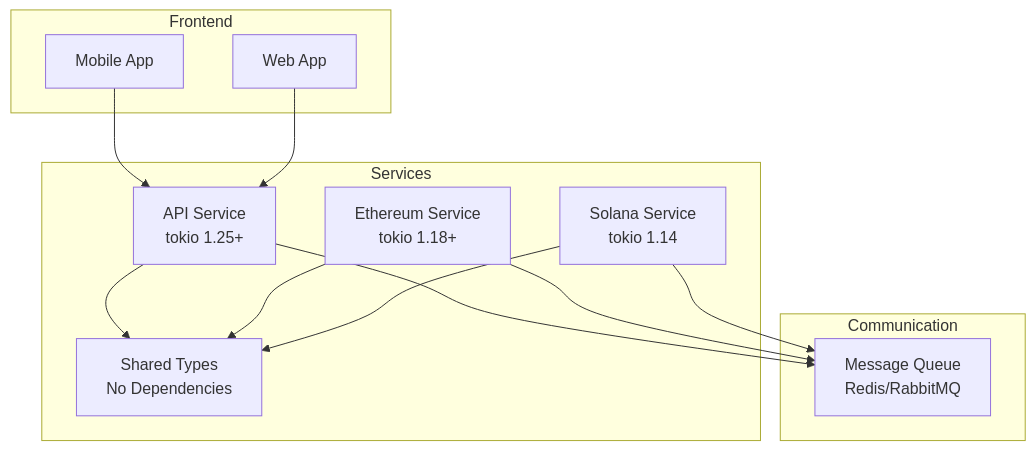
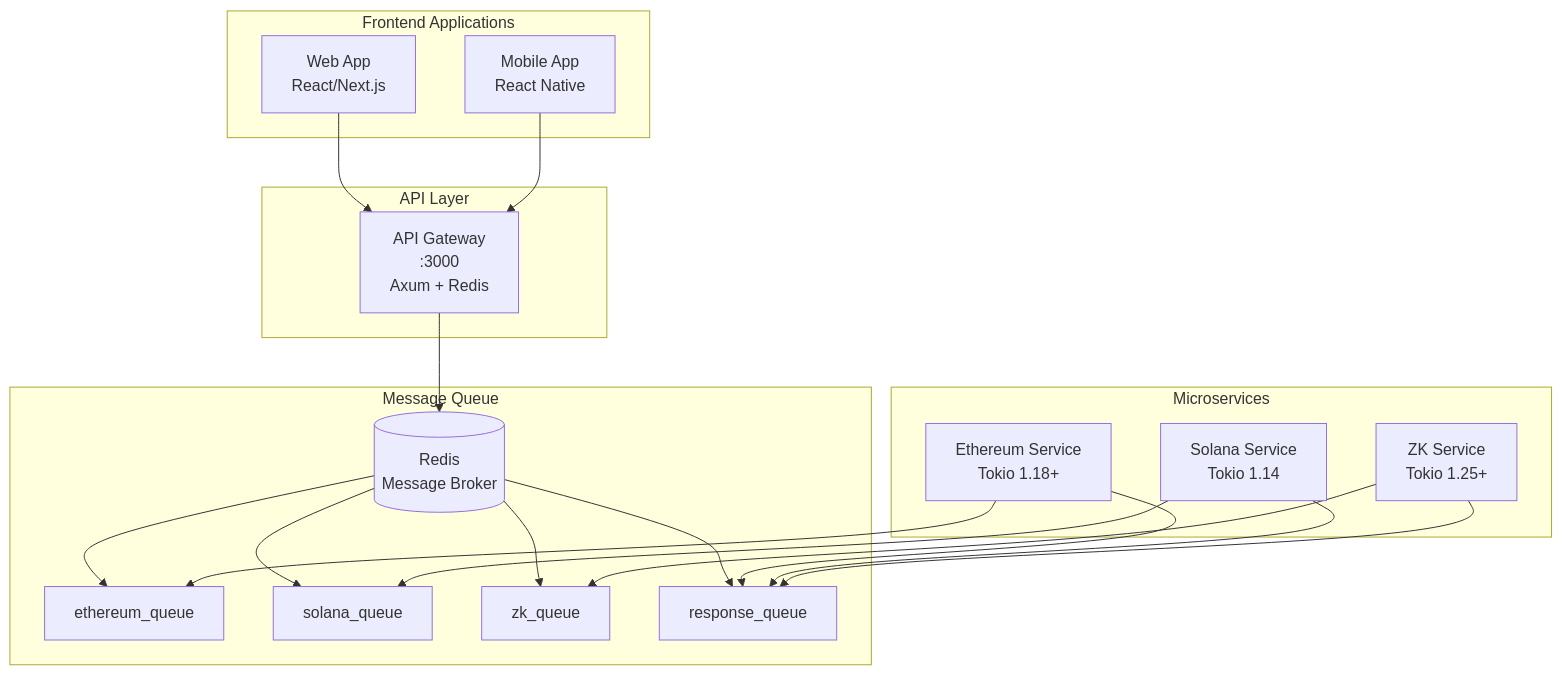
Before and after one commit to Franklin-Osede/VibeStream: the first of 2 diagrams in RESTRUCTURING.md, drawn with Mermaid. The commit also changed other lines of this file and 2 other files, not shown here.

Commit message:
git add RESTRUCTURING.md && git commit -m "docs: update RESTRUCTURING.md with successful microservices architecture - Added current functional structure with diagrams - Included verification commands and testing procedures - Documented benefits achieved and metrics - Added next steps roadmap"

````diff
--- a/RESTRUCTURING.md
+++ b/RESTRUCTURING.md
@@ -47,28 +30,42 @@
 ```mermaid
 graph TD
-    subgraph "Frontend"
-        MA[Mobile App]
-        WA[Web App]
+    subgraph "Frontend Applications"
+        WEB[Web App<br/>React/Next.js]
+        MOB[Mobile App<br/>React Native]
     end
 
-    subgraph "Services"
-        AS[API Service<br/>tokio 1.25+]
-        ES[Ethereum Service<br/>tokio 1.18+]
-        SS[Solana Service<br/>tokio 1.14]
-        ST[Shared Types<br/>No Dependencies]
+    subgraph "API Layer"
+        GW[API Gateway<br/>:3000<br/>Axum + Redis]
     end
 
-    subgraph "Communication"
-        MQ[Message Queue<br/>Redis/RabbitMQ]
+    subgraph "Microservices"
+        ETH[Ethereum Service<br/>Tokio 1.18+]
+        SOL[Solana Service<br/>Tokio 1.14]
+        ZK[ZK Service<br/>Tokio 1.25+]
     end
 
-    MA --> AS
-    WA --> AS
-    AS --> MQ
-    ES --> MQ
-    SS --> MQ
+    subgraph "Message Queue"
+        REDIS[(Redis<br/>Message Broker)]
+        EQ[ethereum_queue]
+        SQ[solana_queue] 
+        ZQ[zk_queue]
+        RQ[response_queue]
+    end
+
+    WEB --> GW
+    MOB --> GW
     
-    AS --> ST
-    ES --> ST
-    SS --> ST
+    GW --> REDIS
+    REDIS --> EQ
+    REDIS --> SQ
+    REDIS --> ZQ
+    REDIS --> RQ
+    
+    ETH --> EQ
+    SOL --> SQ
+    ZK --> ZQ
+    
+    ETH --> RQ
+    SOL --> RQ
+    ZK --> RQ
 ```
````
